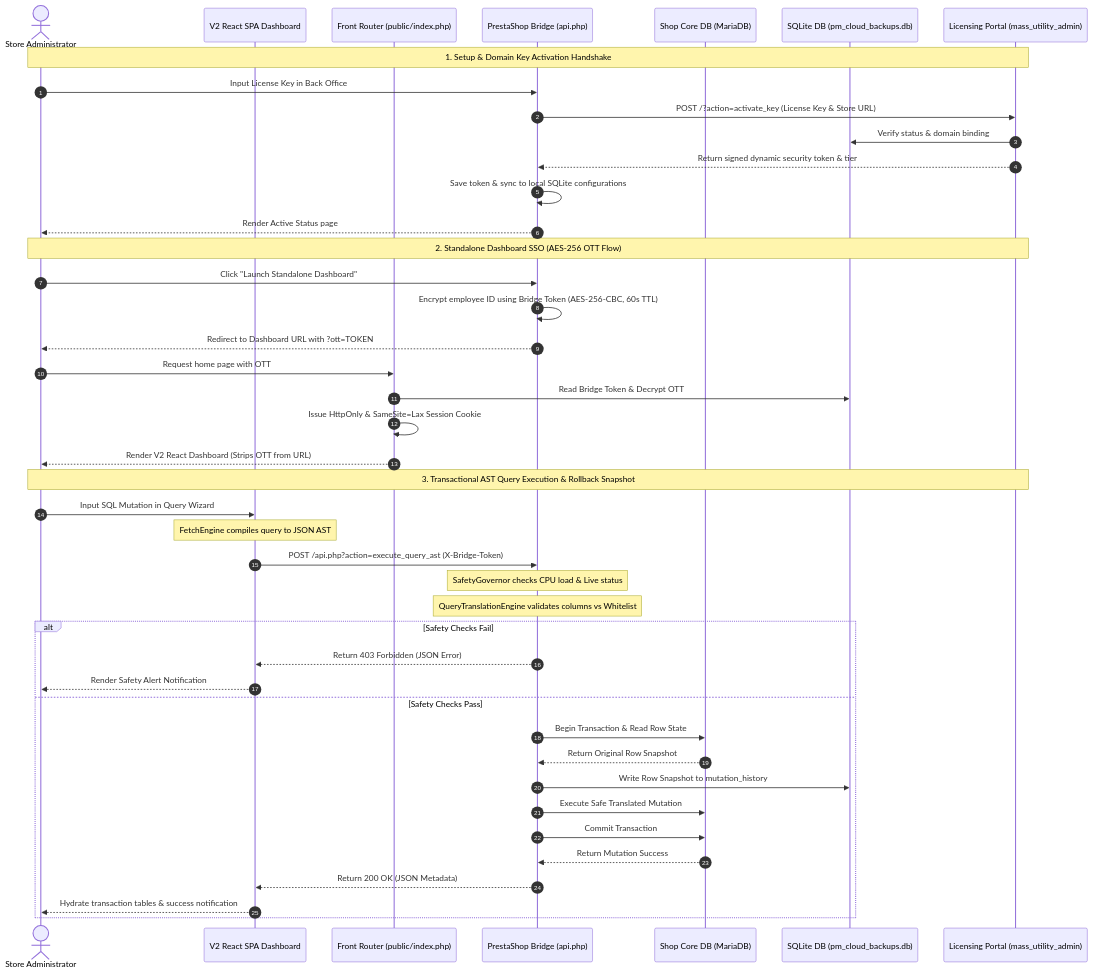
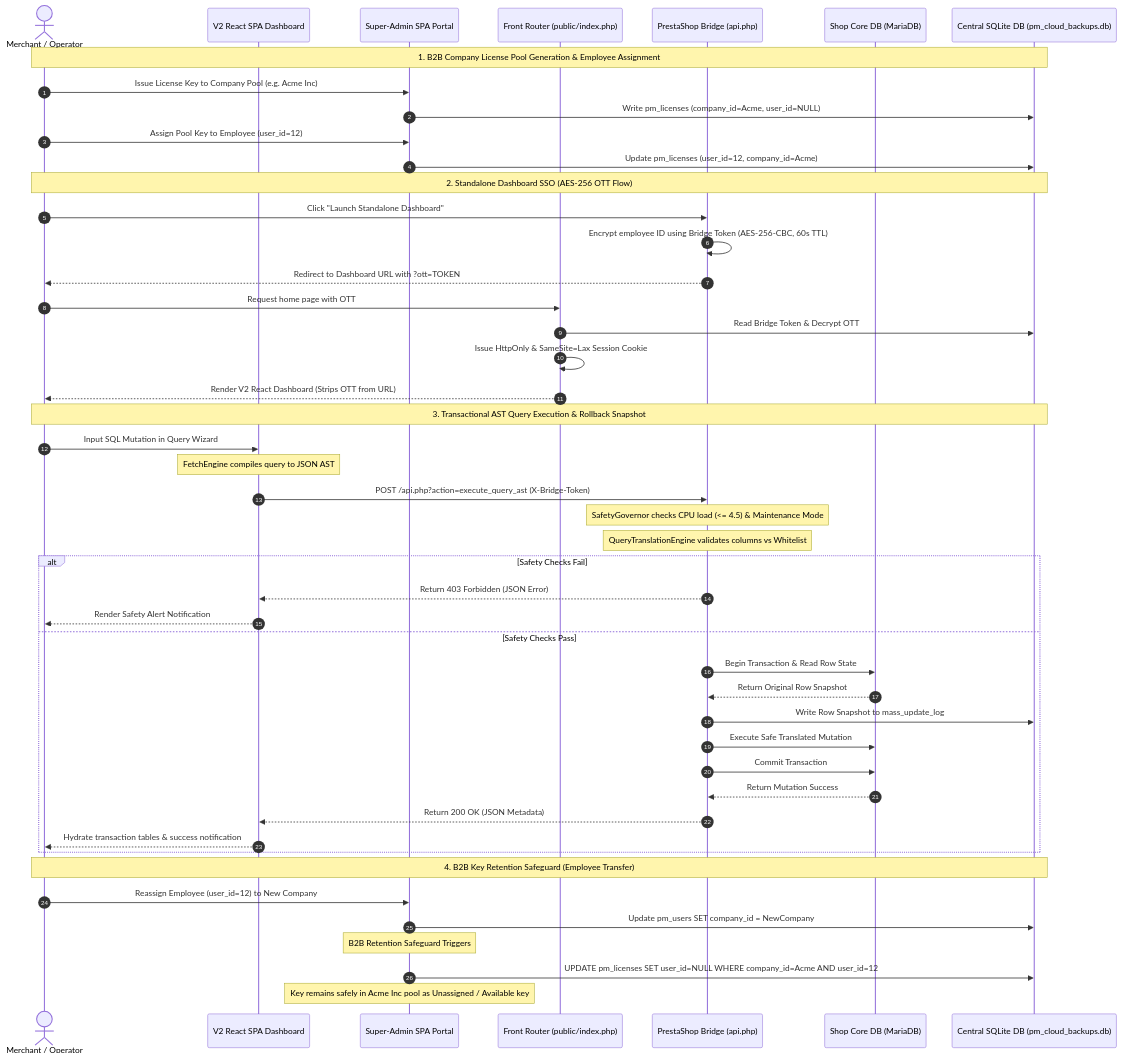
One commit to calin-m/Mass-Utility changed the second of 3 diagrams in README.md. Above: the diagram before and after it, drawn with Mermaid. The commit also changed other lines of this file, not shown here.

````diff
--- a/README.md
+++ b/README.md
@@ -68,48 +71,53 @@
 ```mermaid
 sequenceDiagram
     autonumber
-    actor Admin as Store Administrator
+    actor Admin as Merchant / Operator
     participant Dashboard as V2 React SPA Dashboard
+    participant AdminPortal as Super-Admin SPA Portal
     participant Router as Front Router (public/index.php)
     participant Bridge as PrestaShop Bridge (api.php)
     participant MySQL as Shop Core DB (MariaDB)
-    participant SQLite as SQLite DB (pm_cloud_backups.db)
-    participant Licensing as Licensing Portal (mass_utility_admin)
+    participant SQLite as Central SQLite DB (pm_cloud_backups.db)
 
-    Note over Admin, Licensing: 1. Setup & Domain Key Activation Handshake
-    Admin->>Bridge: Input License Key in Back Office
-    Bridge->>Licensing: POST /?action=activate_key (License Key & Store URL)
-    Licensing->>SQLite: Verify status & domain binding
-    Licensing-->>Bridge: Return signed dynamic security token & tier
-    Bridge->>Bridge: Save token & sync to local SQLite configurations
-    Bridge-->>Admin: Render Active Status page
+    Note over Admin, SQLite: 1. B2B Company License Pool Generation & Employee Assignment
+    Admin->>AdminPortal: Issue License Key to Company Pool (e.g. Acme Inc)
+    AdminPortal->>SQLite: Write pm_licenses (company_id=Acme, user_id=NULL)
+    Admin->>AdminPortal: Assign Pool Key to Employee (user_id=12)
+    AdminPortal->>SQLite: Update pm_licenses (user_id=12, company_id=Acme)
 
-    Note over Admin, Licensing: 2. Standalone Dashboard SSO (AES-256 OTT Flow)
+    Note over Admin, SQLite: 2. Standalone Dashboard SSO (AES-256 OTT Flow)
     Admin->>Bridge: Click "Launch Standalone Dashboard"
     Bridge->>Bridge: Encrypt employee ID using Bridge Token (AES-256-CBC, 60s TTL)
     Bridge-->>Admin: Redirect to Dashboard URL with ?ott=TOKEN
     Admin->>Router: Request home page with OTT
     Router->>SQLite: Read Bridge Token & Decrypt OTT
     Router->>Router: Issue HttpOnly & SameSite=Lax Session Cookie
     Router-->>Admin: Render V2 React Dashboard (Strips OTT from URL)
 
-    Note over Admin, Licensing: 3. Transactional AST Query Execution & Rollback Snapshot
+    Note over Admin, SQLite: 3. Transactional AST Query Execution & Rollback Snapshot
     Admin->>Dashboard: Input SQL Mutation in Query Wizard
     Note over Dashboard: FetchEngine compiles query to JSON AST
     Dashboard->>Bridge: POST /api.php?action=execute_query_ast (X-Bridge-Token)
-    Note over Bridge: SafetyGovernor checks CPU load & Live status
+    Note over Bridge: SafetyGovernor checks CPU load (<= 4.5) & Maintenance Mode
     Note over Bridge: QueryTranslationEngine validates columns vs Whitelist
     alt Safety Checks Fail
         Bridge-->>Dashboard: Return 403 Forbidden (JSON Error)
         Dashboard-->>Admin: Render Safety Alert Notification
     else Safety Checks Pass
         Bridge->>MySQL: Begin Transaction & Read Row State
         MySQL-->>Bridge: Return Original Row Snapshot
-        Bridge->>SQLite: Write Row Snapshot to mutation_history
+        Bridge->>SQLite: Write Row Snapshot to mass_update_log
         Bridge->>MySQL: Execute Safe Translated Mutation
         Bridge->>MySQL: Commit Transaction
         MySQL-->>Bridge: Return Mutation Success
         Bridge-->>Dashboard: Return 200 OK (JSON Metadata)
         Dashboard-->>Admin: Hydrate transaction tables & success notification
     end
+
+    Note over Admin, SQLite: 4. B2B Key Retention Safeguard (Employee Transfer)
+    Admin->>AdminPortal: Reassign Employee (user_id=12) to New Company
+    AdminPortal->>SQLite: Update pm_users SET company_id = NewCompany
+    Note over AdminPortal: B2B Retention Safeguard Triggers
+    AdminPortal->>SQLite: UPDATE pm_licenses SET user_id=NULL WHERE company_id=Acme AND user_id=12
+    Note over AdminPortal: Key remains safely in Acme Inc pool as Unassigned / Available key
 ```
````
